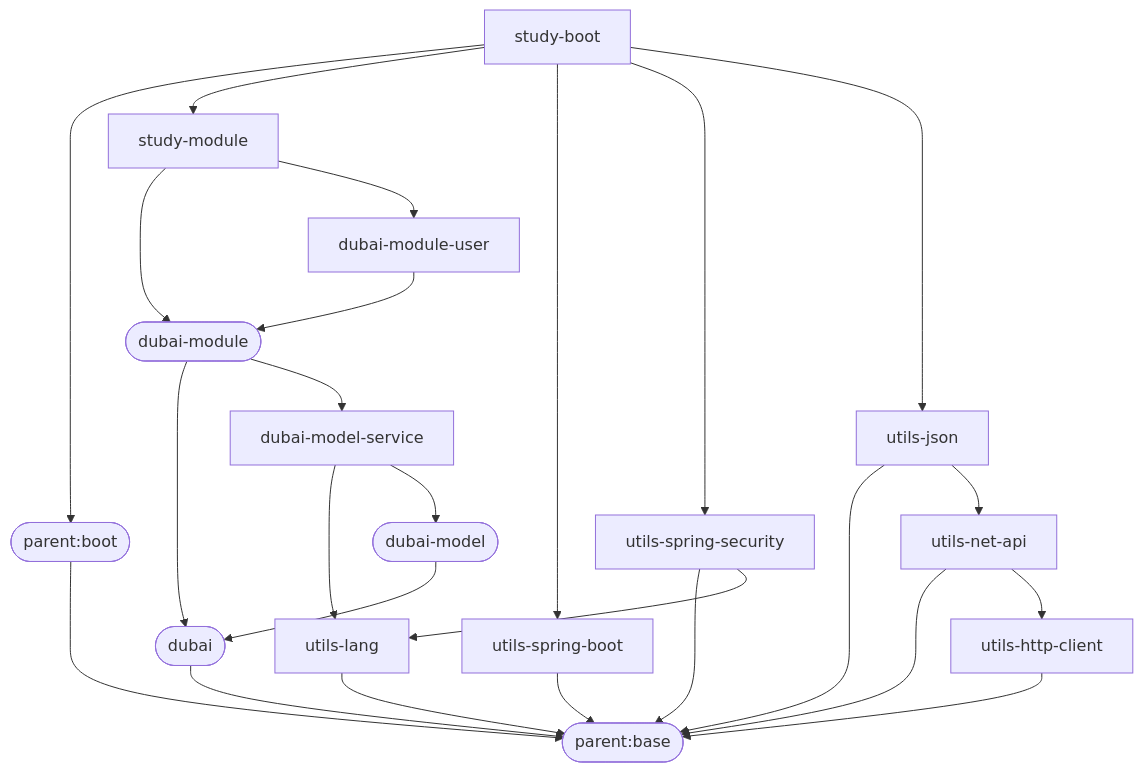
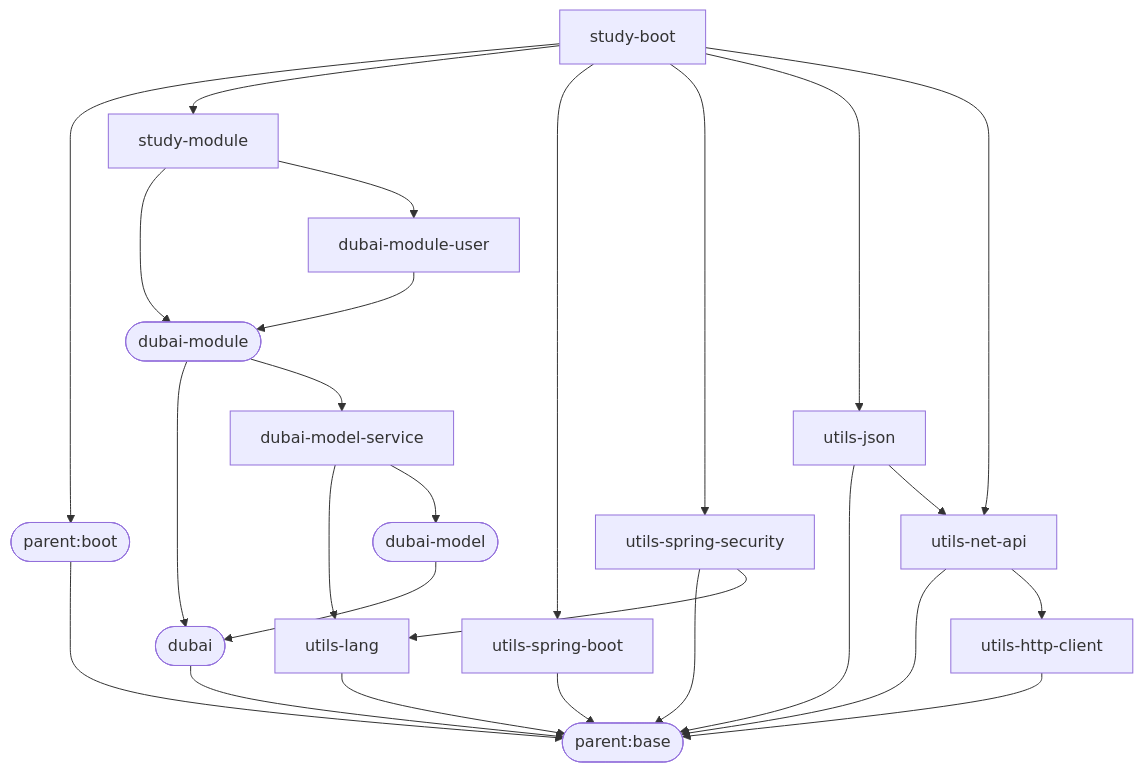
The diagram in README.md (dbstarll/dbstarll.github.io), drawn with Mermaid before and after one commit.

Commit message:
增加utils-json

````diff
--- a/README.md
+++ b/README.md
@@ -17,38 +17,39 @@
 ```mermaid
 graph TD;
     parent.base([parent:base]);
     parent.boot([parent:boot])--->parent.base;
 
     utils-lang-->parent.base;
 
     utils-spring-boot-->parent.base;
 
     utils-spring-security-->parent.base;
     utils-spring-security-->utils-lang;
 
     utils-http-client-->parent.base;
 
     utils-net-api-->parent.base;
     utils-net-api-->utils-http-client;
 
     utils-json-->parent.base;
     utils-json-->utils-net-api;
 
     dubai([dubai])-->parent.base;
     dubai-model([dubai-model])-->dubai;
     dubai-model-service-->utils-lang;
     dubai-model-service-->dubai-model;
     dubai-module([dubai-module])-->dubai;
     dubai-module-->dubai-model-service;
     
     dubai-module-user-->dubai-module;
 
     study-module-->dubai-module;
     study-module-->dubai-module-user;
 
     study-boot-->parent.boot;
     study-boot-->study-module;
     study-boot-->utils-spring-boot;
     study-boot-->utils-spring-security;
     study-boot-->utils-json;
+    study-boot-->utils-net-api;
 ```
````
